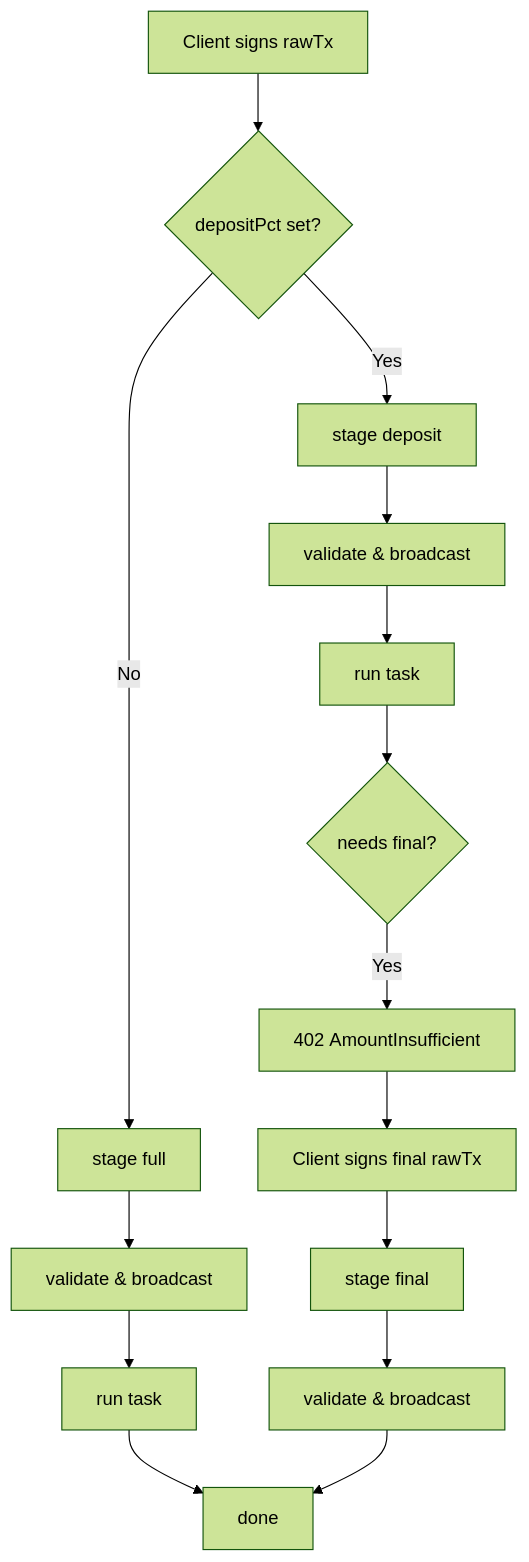
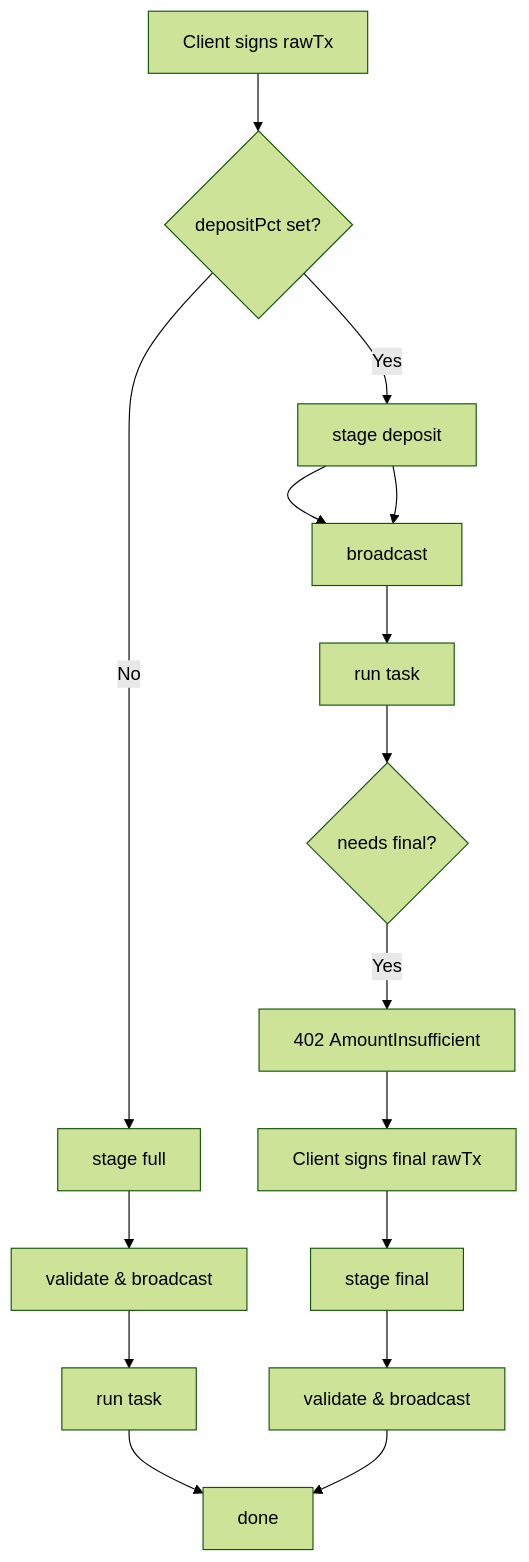
One commit to b-open-io/bsv-mcp changed the second of 6 diagrams in docs/a2b.md. Above: the diagram before and after it, drawn with Mermaid (forest theme).

Commit message:
Update A2B documentation: modify sequence diagram to separate validation and broadcasting steps for improved clarity in the payment flow.

````diff
--- a/docs/a2b.md
+++ b/docs/a2b.md
@@ -350,18 +350,19 @@
 ```mermaid
 flowchart TD
     A[Client signs rawTx] --> B{depositPct set?}
     B -- No --> F[stage full]
     F --> G[validate & broadcast]
     G --> H[run task]
     H --> I[done]
 
     B -- Yes --> C[stage deposit]
-    C --> D[validate & broadcast]
+    C --> D[validate]
     D --> E[run task]
+    C --> D[broadcast]
     E --> J{needs final?}
     J -- Yes --> K[402 AmountInsufficient]
     K --> L[Client signs final rawTx]
     L --> M[stage final]
     M --> N[validate & broadcast]
     N --> I
 ```
````
